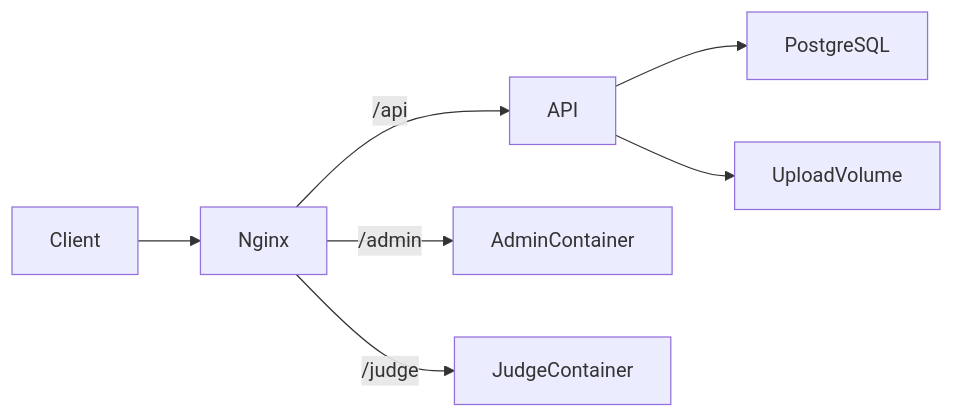
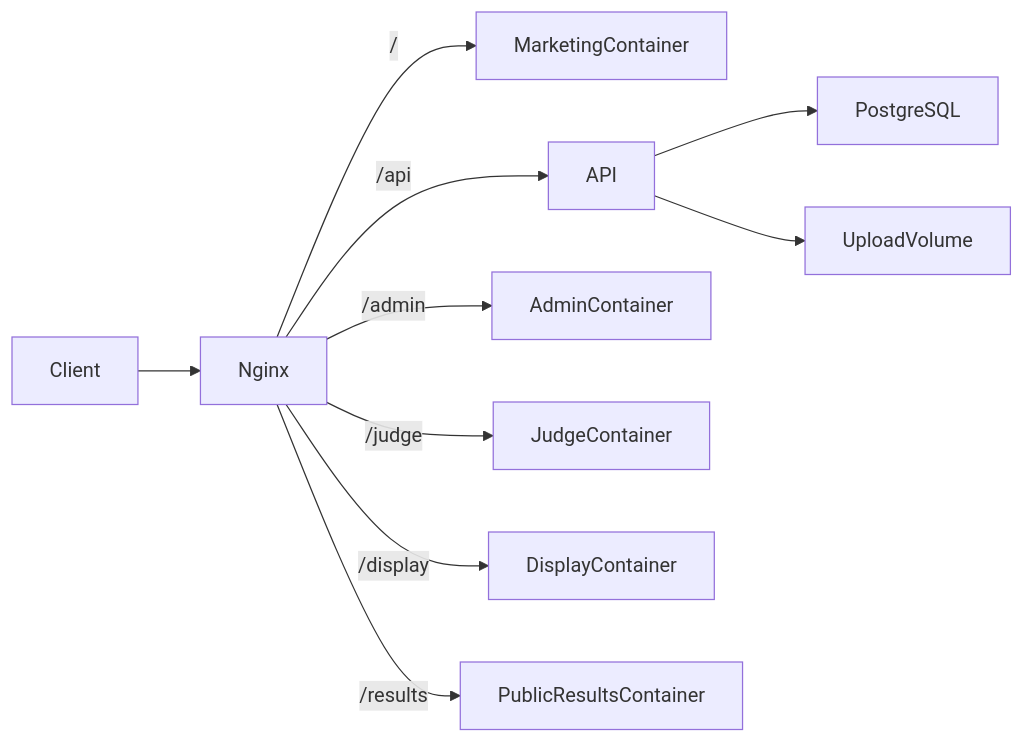
Before and after one commit to Pratap22/aerojudge-accuracy-cms: the fifth of 5 diagrams in docs/architecture/OVERVIEW.md, drawn with Mermaid. The commit also changed other lines of this file and 65 other files, not shown here.

````diff
--- a/docs/architecture/OVERVIEW.md
+++ b/docs/architecture/OVERVIEW.md
@@ -222,9 +222,12 @@
 ```mermaid
 flowchart LR
     Client --> Nginx
+    Nginx -->|/| MarketingContainer
     Nginx -->|/api| API
     Nginx -->|/admin| AdminContainer
     Nginx -->|/judge| JudgeContainer
+    Nginx -->|/display| DisplayContainer
+    Nginx -->|/results| PublicResultsContainer
     API --> PostgreSQL
     API --> UploadVolume
 ```
````
